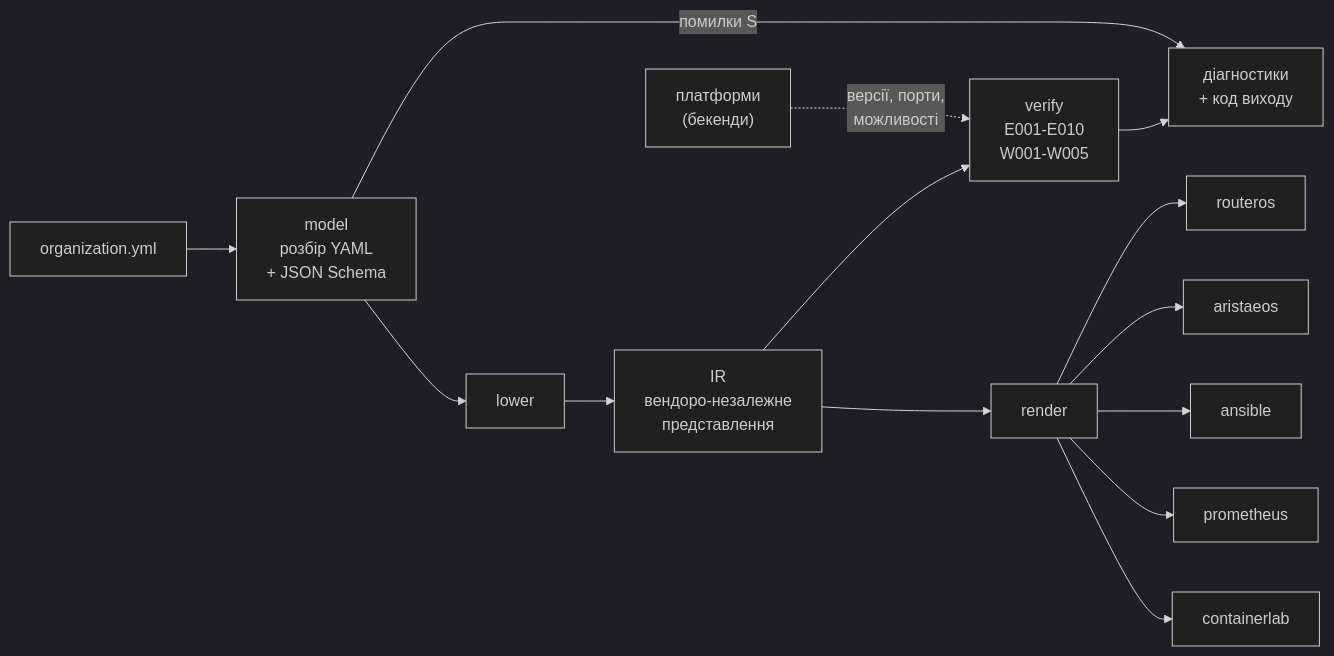
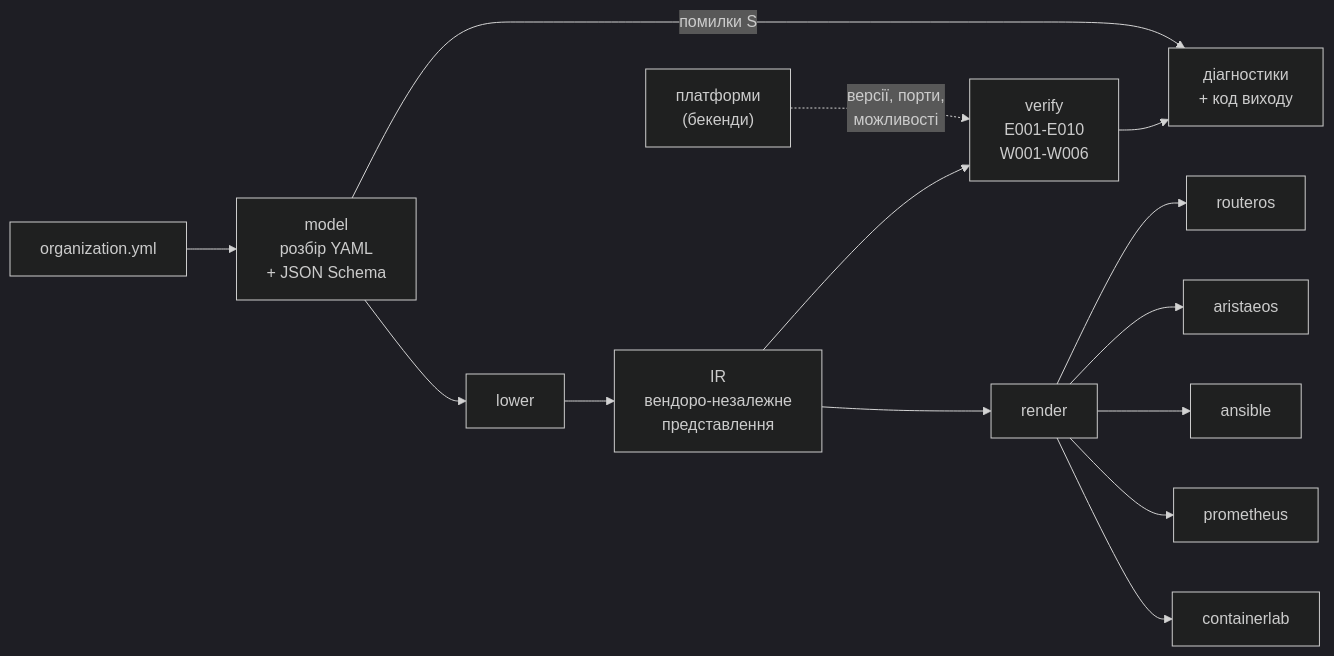
The first of 2 diagrams in docs/ARCHITECTURE.md (Illiathebest/orgc), drawn with Mermaid (dark theme) before and after one commit. The commit also changed other lines of this file and 42 other files, not shown here.

````diff
--- a/docs/ARCHITECTURE.md
+++ b/docs/ARCHITECTURE.md
@@ -21,16 +21,16 @@
 ```mermaid
 flowchart LR
     YML["organization.yml"] --> M["model<br/>розбір YAML<br/>+ JSON Schema"]
     M -->|"помилки S"| D["діагностики<br/>+ код виходу"]
     M --> L["lower"]
     L --> IR["IR<br/>вендоро-незалежне<br/>представлення"]
-    IR --> V["verify<br/>E001-E010<br/>W001-W005"]
+    IR --> V["verify<br/>E001-E010<br/>W001-W006"]
     PL["платформи<br/>(бекенди)"] -.->|"версії, порти,<br/>можливості"| V
     V --> D
     IR --> R["render"]
     R --> B1["routeros"]
     R --> B2["aristaeos"]
     R --> B3["ansible"]
     R --> B4["prometheus"]
     R --> B5["containerlab"]
 ```
````
